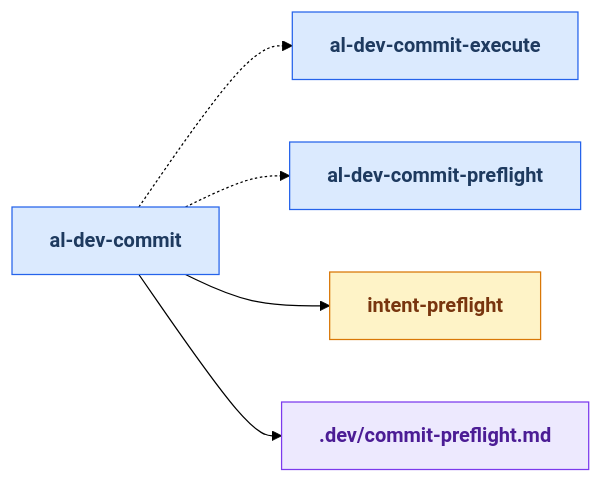
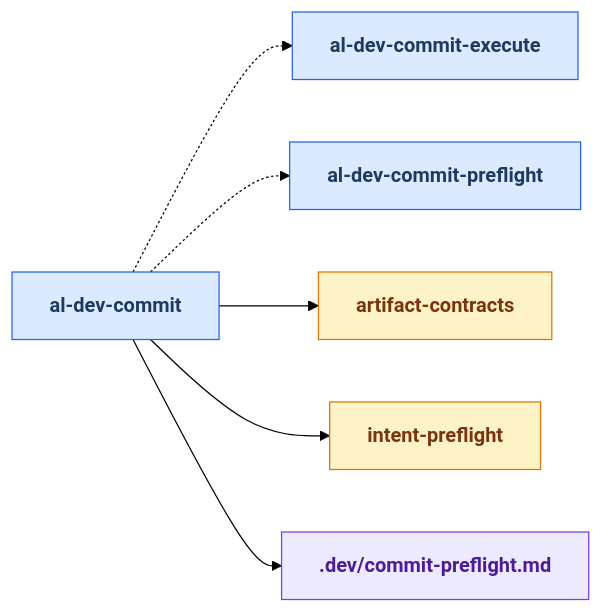
One commit to russell-laing/al-dev-shared changed diagram 13 of 25 in docs/al-dev-skills-map.md. Above: the diagram before and after it, drawn with Mermaid (forest theme). The commit also changed other lines of this file and 3 other files, not shown here.

````diff
--- a/docs/al-dev-skills-map.md
+++ b/docs/al-dev-skills-map.md
@@ -651,25 +660,28 @@
 ```mermaid
 flowchart LR
     classDef skillNode fill:#dbeafe,stroke:#2563eb,color:#1e3a5f,font-weight:bold
     classDef agentNode fill:#d1fae5,stroke:#059669,color:#064e3b,font-weight:bold
     classDef knowledgeNode fill:#fef3c7,stroke:#d97706,color:#78350f,font-weight:bold
     classDef artifactNode fill:#ede9fe,stroke:#7c3aed,color:#4c1d95,font-weight:bold
     classDef phaseNode fill:#e0e7ff,stroke:#6366f1,color:#312e81,font-weight:bold
 
     skill_al_dev_commit[al-dev-commit]
     skill_al_dev_commit_execute[al-dev-commit-execute]
     skill_al_dev_commit_preflight[al-dev-commit-preflight]
+    knowledge_artifact_contracts_md[artifact-contracts]
     knowledge_intent_preflight_md[intent-preflight]
     artifact_commit_preflight_md[.dev/commit-preflight.md]
 
     skill_al_dev_commit -.-> skill_al_dev_commit_execute
     skill_al_dev_commit -.-> skill_al_dev_commit_preflight
+    skill_al_dev_commit --> knowledge_artifact_contracts_md
     skill_al_dev_commit --> knowledge_intent_preflight_md
     skill_al_dev_commit --> artifact_commit_preflight_md
 
     class skill_al_dev_commit skillNode
     class skill_al_dev_commit_execute skillNode
     class skill_al_dev_commit_preflight skillNode
+    class knowledge_artifact_contracts_md knowledgeNode
     class knowledge_intent_preflight_md knowledgeNode
     class artifact_commit_preflight_md artifactNode
 ```
````
